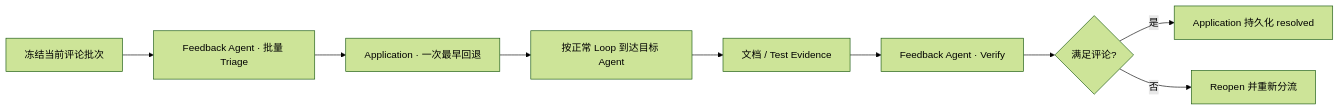
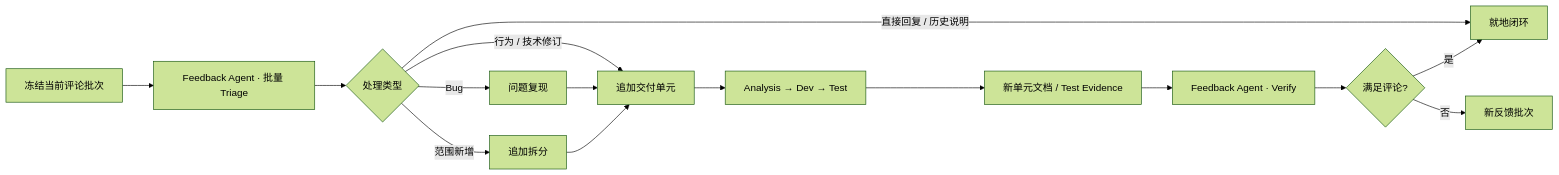
Before and after one commit to InspireChina/ai4se-loop-workflow: the second of 3 diagrams in docs/l4-loop-handbook.md, drawn with Mermaid (forest theme). The commit also changed other lines of this file and 21 other files, not shown here.

````diff
--- a/docs/l4-loop-handbook.md
+++ b/docs/l4-loop-handbook.md
@@ -248,11 +248,17 @@
 ```mermaid
 flowchart LR
     comment["冻结当前评论批次"] --> triage["Feedback Agent · 批量 Triage"]
-    triage --> frontier["Application · 一次最早回退"]
-    frontier --> target["按正常 Loop 到达目标 Agent"]
-    target --> evidence["文档 / Test Evidence"]
+    triage --> kind{"处理类型"}
+    kind -->|"直接回复 / 历史说明"| resolved["就地闭环"]
+    kind -->|"Bug"| repro["问题复现"]
+    kind -->|"范围新增"| split["追加拆分"]
+    kind -->|"行为 / 技术修订"| append["追加交付单元"]
+    repro --> append
+    split --> append
+    append --> target["Analysis → Dev → Test"]
+    target --> evidence["新单元文档 / Test Evidence"]
     evidence --> verify["Feedback Agent · Verify"]
     verify --> result{"满足评论?"}
-    result -->|"是"| resolved["Application 持久化 resolved"]
-    result -->|"否"| reopen["Reopen 并重新分流"]
+    result -->|"是"| resolved
+    result -->|"否"| reopen["新反馈批次"]
 ```
````
